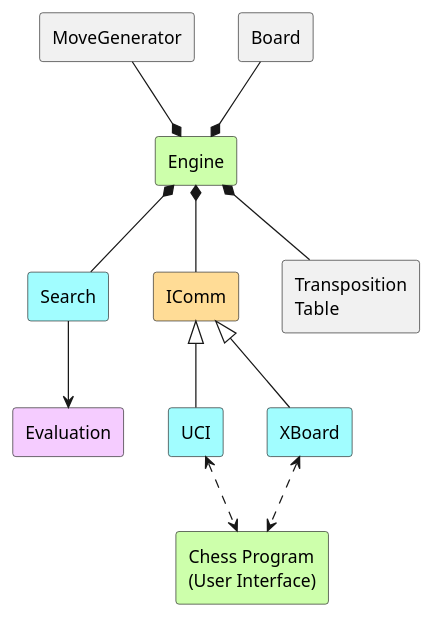
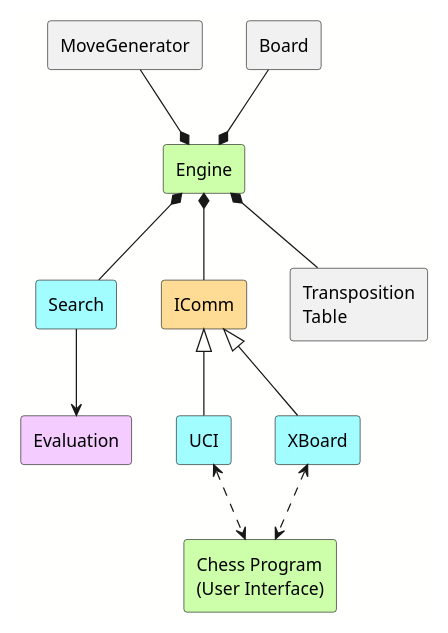
Before and after one commit to mvanthoor/rustic-book: the diagram in src/uml/architecture.puml, drawn with PlantUML. The commit also changed 8 other files, not shown here.

```diff
--- a/src/uml/architecture.puml
+++ b/src/uml/architecture.puml
@@ -1,30 +1,30 @@
 @startuml architecture
 skinparam shadowing false
 skinparam componentStyle rectangle
-skinparam backgroundColor #FFFFFF
+skinparam backgroundColor #FFFFFE
 
 hide empty methods
 hide empty members
 
 component "Engine" as Engine #cdffab
 component "Search" as Search #a1fdff
 component "Evaluation" as Evaluation #f5ccff
 component IComm #ffdc96
 component "UCI" as Uci #a1fdff
 component "XBoard" as XBoard #a1fdff
 component "Transposition\nTable" as TT
 component Board
 component MoveGenerator
 component "Chess Program\n(User Interface)" as GUI #cdffab
 
 Engine *-- IComm
 Engine *-up- Board
 Engine *-up- MoveGenerator
 Engine *-- TT
 IComm <|-- Uci
 IComm <|-- XBoard
 Engine *-- Search
 Search --> Evaluation
 Uci <..> GUI
 XBoard <..> GUI
 @enduml
```
